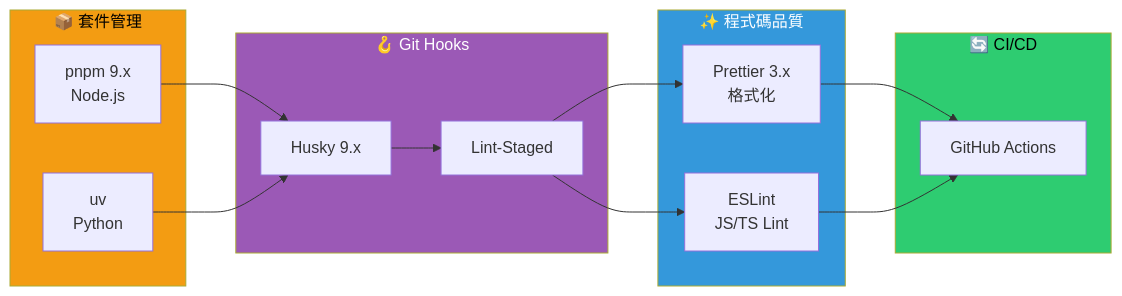
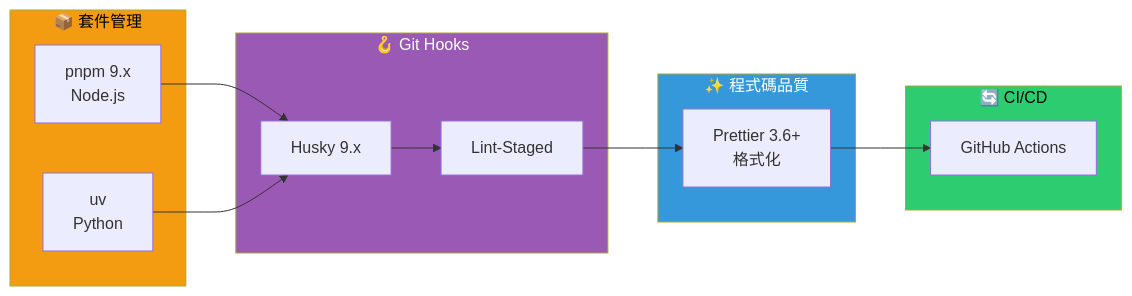
Before and after one commit to Swiftarian/CivicTech: the eighth of 10 diagrams in docs/ARCHITECTURE.md, drawn with Mermaid. The commit also changed other lines of this file and 1 other file, not shown here.

````diff
--- a/docs/ARCHITECTURE.md
+++ b/docs/ARCHITECTURE.md
@@ -373,32 +429,31 @@
 ```mermaid
 graph LR
     subgraph PackageManagers["📦 套件管理"]
         PNPM[pnpm 9.x<br/>Node.js]
         UV[uv<br/>Python]
     end
     
     subgraph GitHooks["🪝 Git Hooks"]
         HUSKY[Husky 9.x]
         LINT_STAGED[Lint-Staged]
     end
     
     subgraph CodeQuality["✨ 程式碼品質"]
-        PRETTIER[Prettier 3.x<br/>格式化]
-        ESLINT[ESLint<br/>JS/TS Lint]
+        PRETTIER[Prettier 3.6+<br/>格式化]
     end
     
     subgraph CI["🔄 CI/CD"]
         GITHUB[GitHub Actions]
     end
     
     PNPM --> HUSKY
     UV --> HUSKY
     HUSKY --> LINT_STAGED
-    LINT_STAGED --> PRETTIER & ESLINT
-    PRETTIER & ESLINT --> GITHUB
+    LINT_STAGED --> PRETTIER
+    PRETTIER --> GITHUB
     
     style PackageManagers fill:#f39c12,color:#000
     style GitHooks fill:#9b59b6,color:#fff
     style CodeQuality fill:#3498db,color:#fff
     style CI fill:#2ecc71,color:#000
 ```
````
